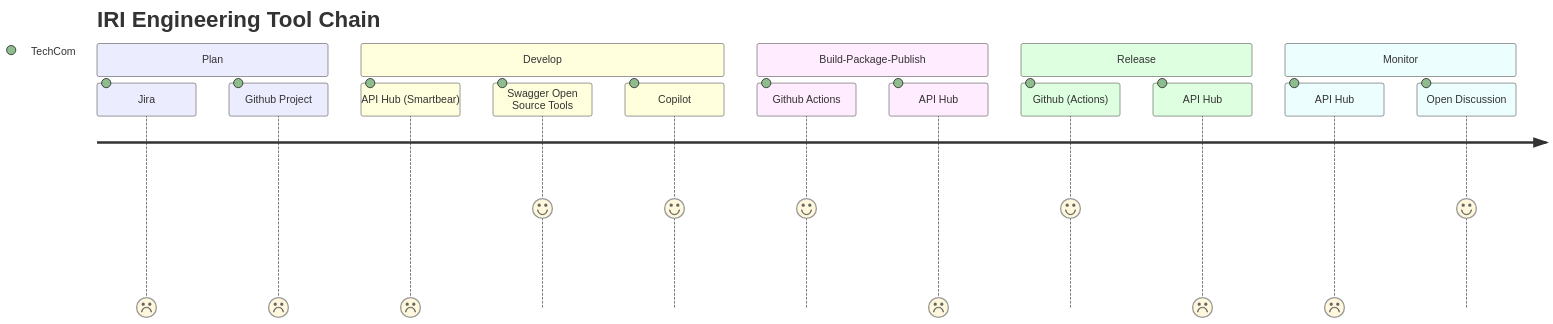
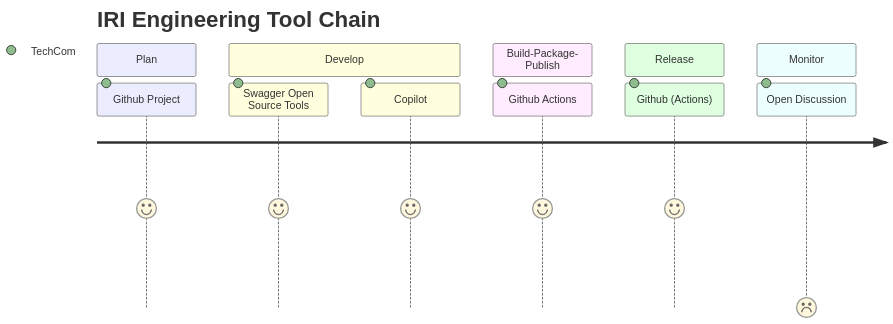
Before and after one commit to rockwellej/public-playground: the diagram in diagrams/iri-tool-chain.md, drawn with Mermaid.

Commit message:
updating decision points

````diff
--- a/diagrams/iri-tool-chain.md
+++ b/diagrams/iri-tool-chain.md
@@ -2,20 +2,15 @@
 ```mermaid
 journey
   title IRI Engineering Tool Chain
   section Plan
-    Jira: 0: TechCom
-    Github Project: 0: TechCom
+    Github Project: 5: TechCom
   section Develop
-    API Hub (Smartbear): 0: TechCom
     Swagger Open Source Tools: 5: TechCom
     Copilot: 5: TechCom
   section Build-Package-Publish
     Github Actions: 5: TechCom
-    API Hub: 0: TechCom
   section Release
-    Github (Actions): 5: TechCom
-    API Hub: 0: TechCom    
+    Github (Actions): 5: TechCom   
   section Monitor
-    API Hub: 0: TechCom
-    Open Discussion: 5: TechCom    
+    Open Discussion: 0: TechCom    
 ```
````
